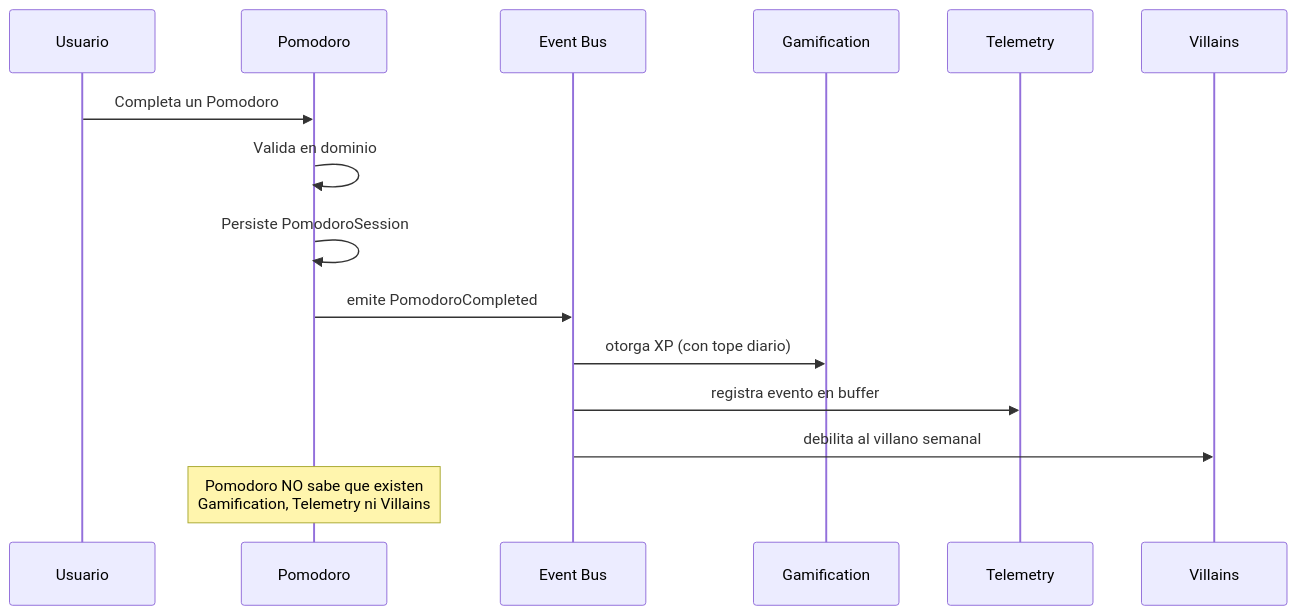
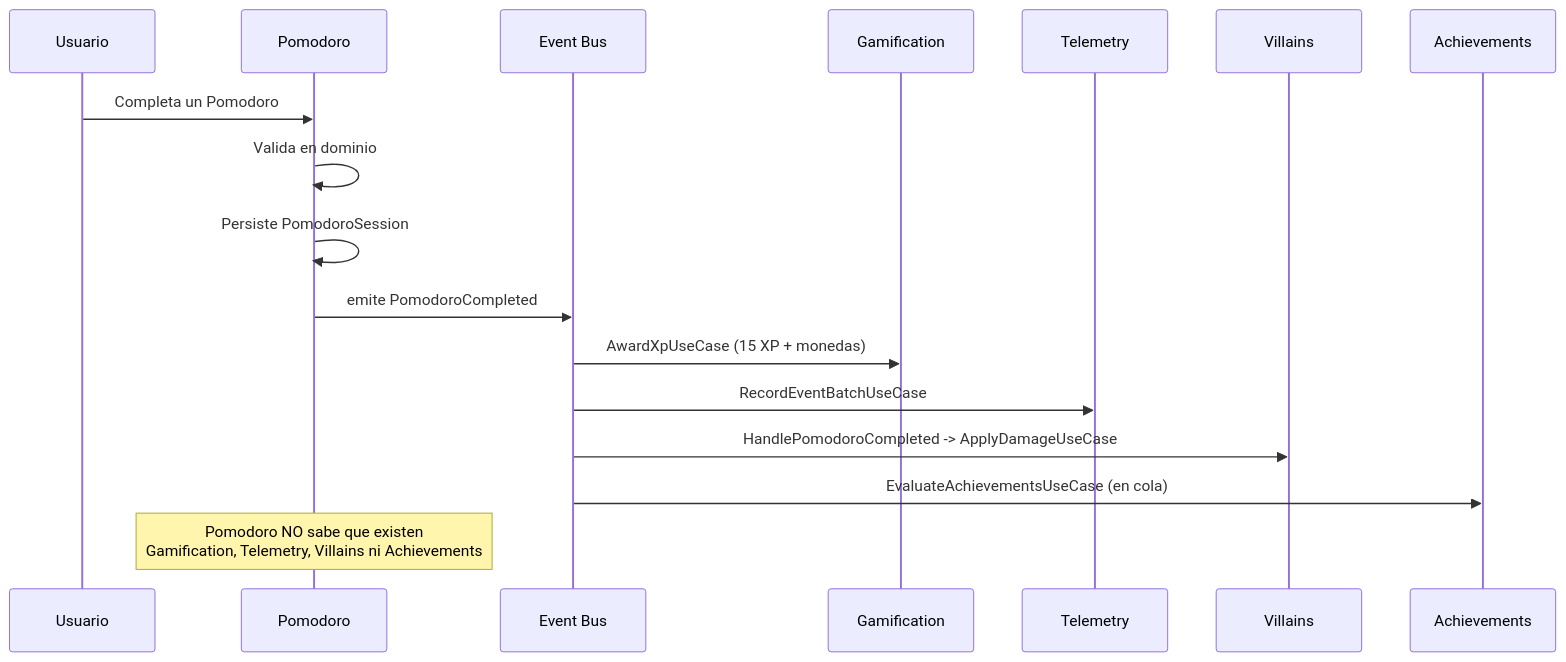
Before and after one commit to Chester0802/EpycusApp: the second of 11 diagrams in docs/00-ARQUITECTURA.md, drawn with Mermaid. The commit also changed other lines of this file and 101 other files, not shown here.

````diff
--- a/docs/00-ARQUITECTURA.md
+++ b/docs/00-ARQUITECTURA.md
@@ -213,18 +126,20 @@
 ```mermaid
 sequenceDiagram
     participant U as Usuario
     participant P as Pomodoro
     participant Bus as Event Bus
     participant G as Gamification
     participant T as Telemetry
     participant V as Villains
+    participant A as Achievements
 
     U->>P: Completa un Pomodoro
     P->>P: Valida en dominio
     P->>P: Persiste PomodoroSession
     P->>Bus: emite PomodoroCompleted
-    Bus->>G: otorga XP (con tope diario)
-    Bus->>T: registra evento en buffer
-    Bus->>V: debilita al villano semanal
-    Note over P: Pomodoro NO sabe que existen<br/>Gamification, Telemetry ni Villains
+    Bus->>G: AwardXpUseCase (15 XP + monedas)
+    Bus->>T: RecordEventBatchUseCase
+    Bus->>V: HandlePomodoroCompleted -> ApplyDamageUseCase
+    Bus->>A: EvaluateAchievementsUseCase (en cola)
+    Note over P: Pomodoro NO sabe que existen<br/>Gamification, Telemetry, Villains ni Achievements
 ```
````
